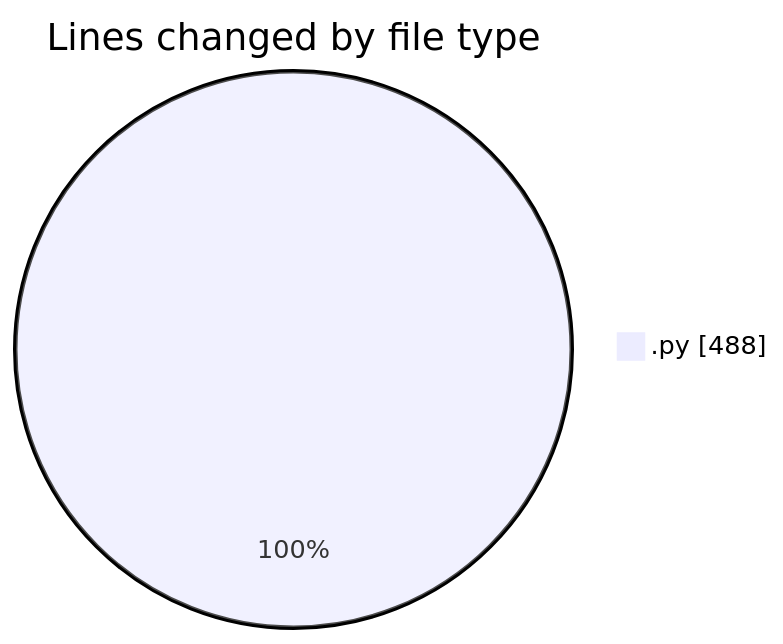
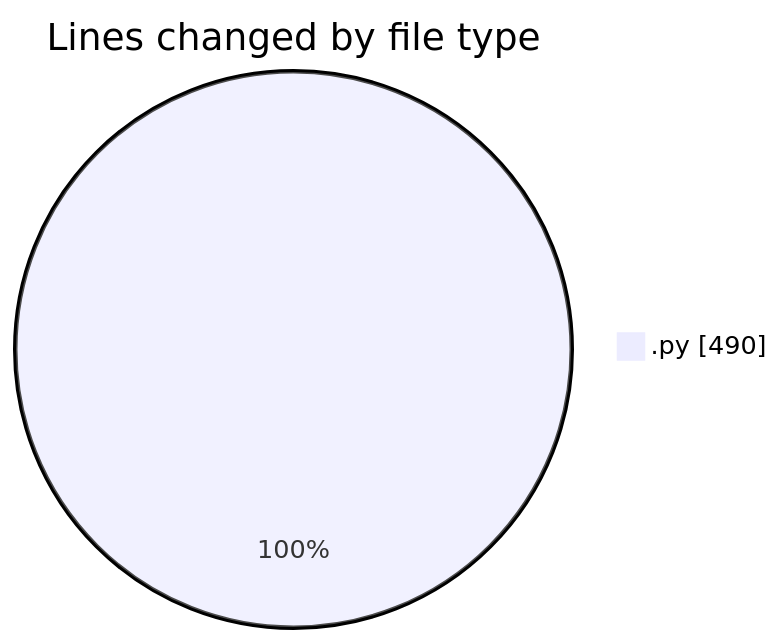
Before and after one commit to MatusMokan/code-tracking: the first of 2 diagrams in 2025-01-12/myws__workspace_/README.md, drawn with Mermaid. The commit also changed other lines of this file and 1 other file, not shown here.

````diff
--- a/2025-01-12/myws__workspace_/README.md
+++ b/2025-01-12/myws__workspace_/README.md
@@ -21,5 +21,5 @@
 ```mermaid
 pie showData
 title Lines changed by file type
-".py" : 488
+".py" : 490
 ```
````
